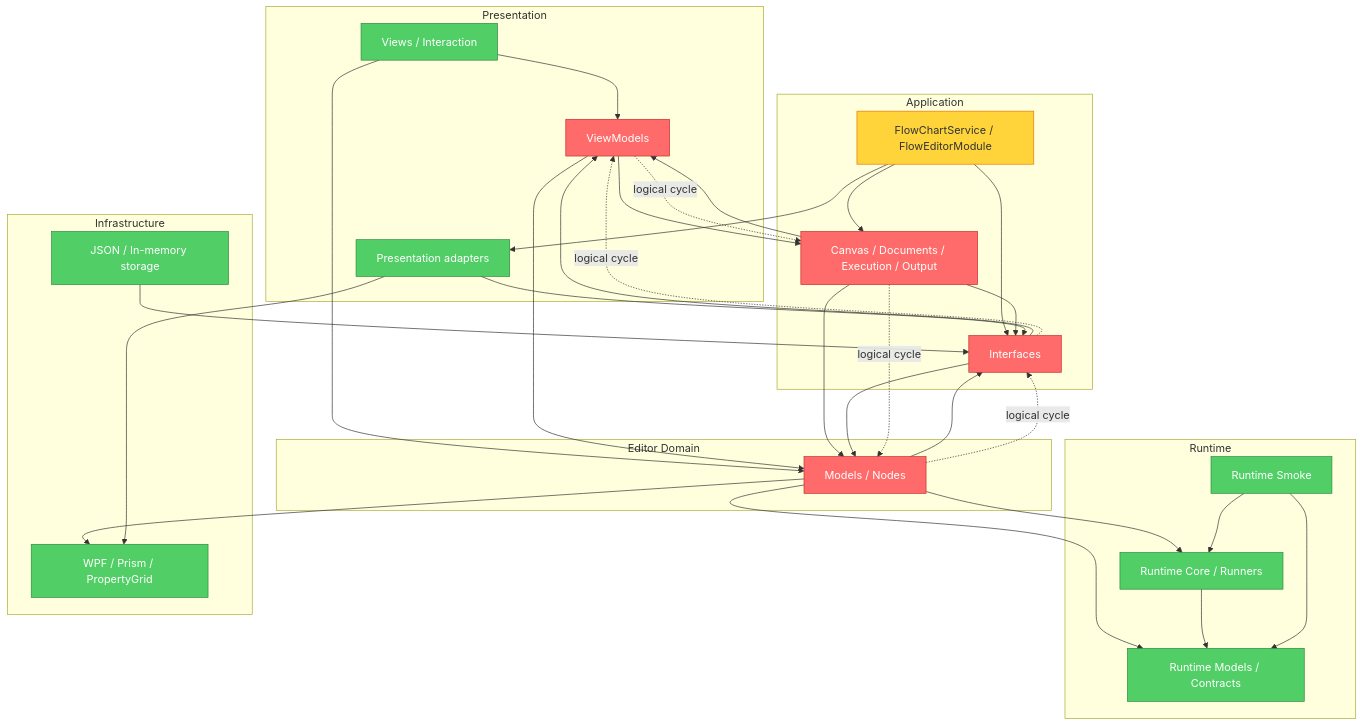
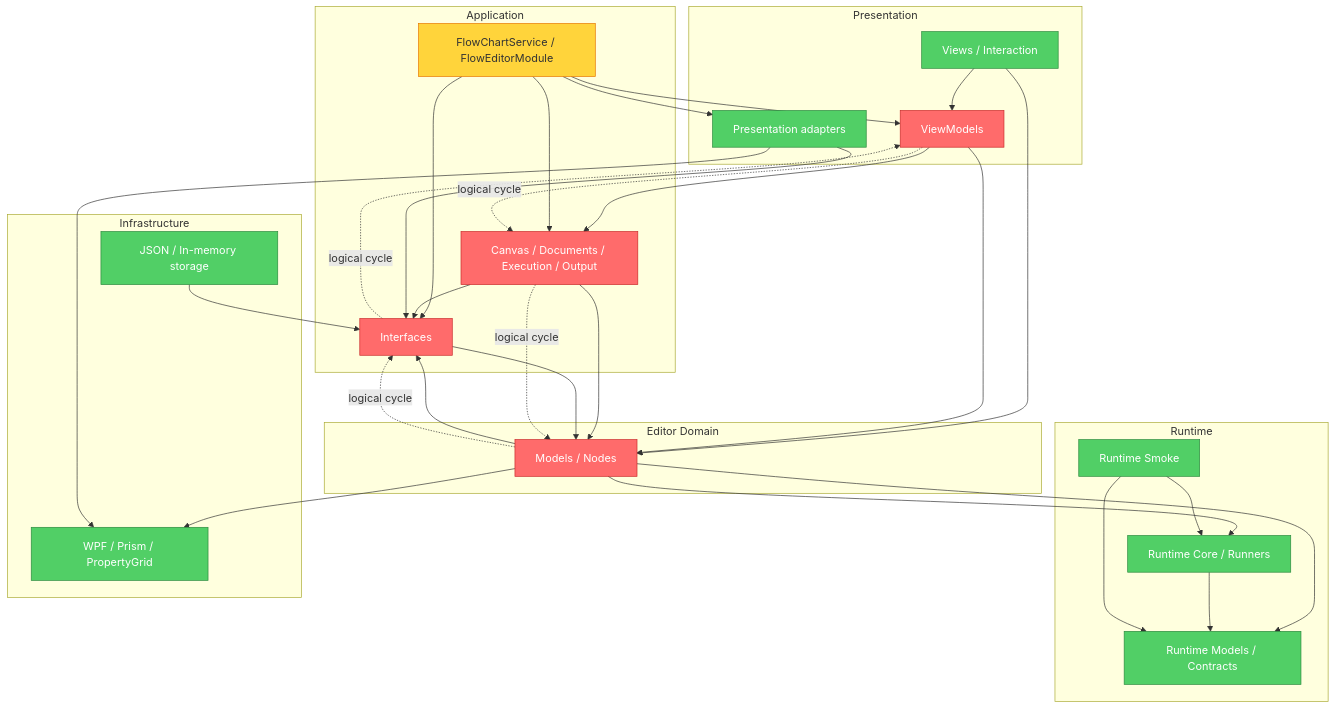
One commit to sun916328213/Software-Framework changed the diagram in FlowEditor/FlowEditor/ARCHITECTURE_MAINTENANCE_AUDIT.md. Above: the diagram before and after it, drawn with Mermaid. The commit also changed other lines of this file and 60 other files, not shown here.

````diff
--- a/FlowEditor/FlowEditor/ARCHITECTURE_MAINTENANCE_AUDIT.md
+++ b/FlowEditor/FlowEditor/ARCHITECTURE_MAINTENANCE_AUDIT.md
@@ -16,65 +16,64 @@
 ```mermaid
 graph TD
     subgraph Presentation
         Views[Views / Interaction]
         ViewModels[ViewModels]
         Adapters[Presentation adapters]
     end
 
     subgraph Application
         Services[Canvas / Documents / Execution / Output]
         Composition[FlowChartService / FlowEditorModule]
         Interfaces[Interfaces]
     end
 
     subgraph EditorDomain[Editor Domain]
         Models[Models / Nodes]
     end
 
     subgraph Runtime
         RuntimeCore[Runtime Core / Runners]
         RuntimeModels[Runtime Models / Contracts]
         Smoke[Runtime Smoke]
     end
 
     subgraph Infrastructure
         Storage[JSON / In-memory storage]
         Wpf[WPF / Prism / PropertyGrid]
     end
 
     Views --> ViewModels
     Views --> Models
     ViewModels --> Services
     ViewModels --> Models
     Composition --> Services
     Composition --> Interfaces
     Composition --> Adapters
+    Composition --> ViewModels
     Services --> Interfaces
-    Services --> ViewModels
     Services --> Models
-    Interfaces --> ViewModels
     Interfaces --> Models
     Models --> Interfaces
     Models --> RuntimeCore
     Models --> RuntimeModels
     Models --> Wpf
     Adapters --> Interfaces
     Adapters --> Wpf
     Storage --> Interfaces
     RuntimeCore --> RuntimeModels
     Smoke --> RuntimeCore
     Smoke --> RuntimeModels
 
     Interfaces -.->|logical cycle| ViewModels
     ViewModels -.->|logical cycle| Services
     Services -.->|logical cycle| Models
     Models -.->|logical cycle| Interfaces
 
     classDef critical fill:#ff6b6b,stroke:#c92a2a,color:#fff
     classDef warning fill:#ffd43b,stroke:#e67700
     classDef clean fill:#51cf66,stroke:#2b8a3e,color:#fff
 
     class Interfaces,ViewModels,Services,Models critical
     class Composition warning
     class Views,Adapters,RuntimeCore,RuntimeModels,Smoke,Storage,Wpf clean
 ```
````
